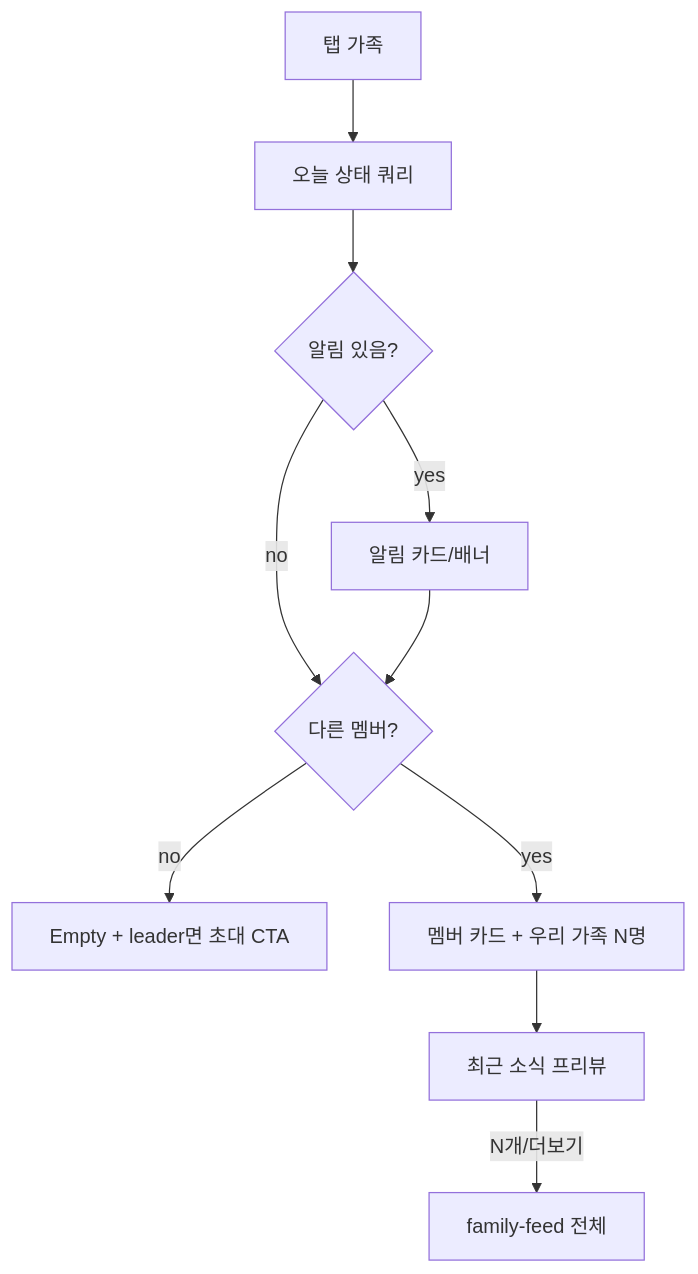
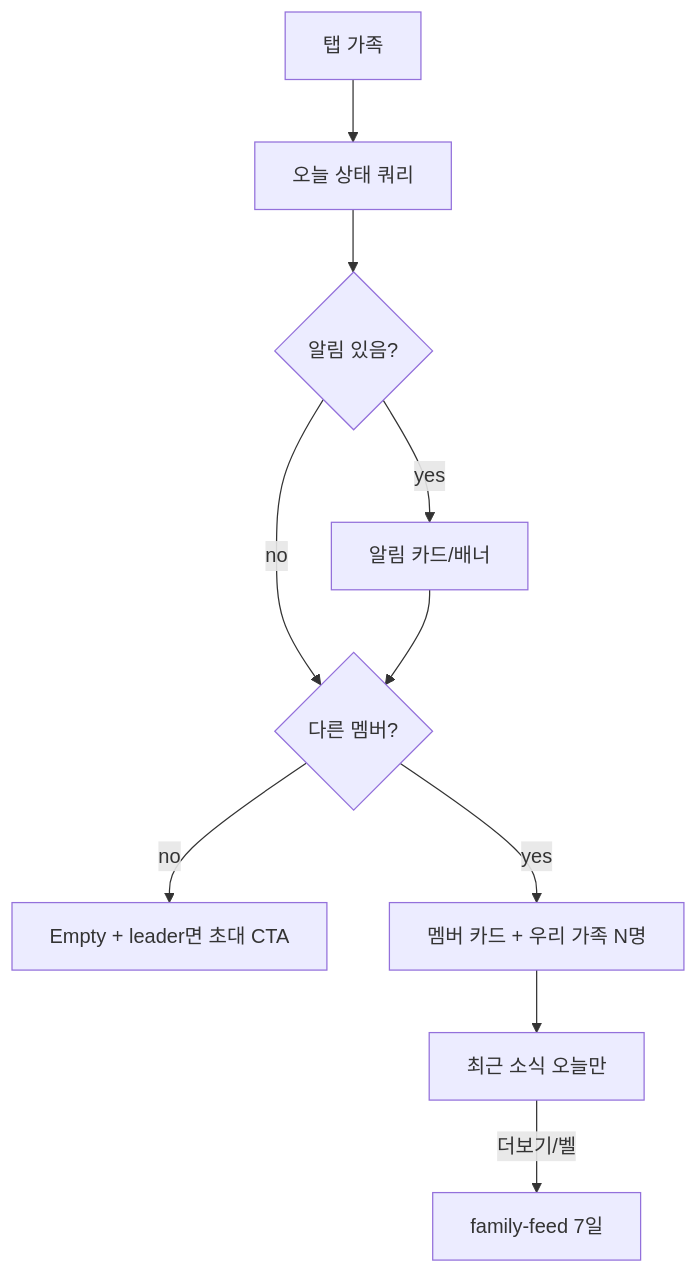
The first of 6 diagrams in docs/flows/family-tab-flow-brief.md (gogleset/yakmuk), drawn with Mermaid before and after one commit. The commit also changed other lines of this file and 2 other files, not shown here.

First line of the commit message:
docs: 가족 자리표·오늘 소식 플로우를 맞춘다

````diff
--- a/docs/flows/family-tab-flow-brief.md
+++ b/docs/flows/family-tab-flow-brief.md
@@ -83,12 +83,12 @@
 ```mermaid
 flowchart TD
   A[탭 가족] --> B[오늘 상태 쿼리]
   B --> C{알림 있음?}
   C -->|yes| D[알림 카드/배너]
   C -->|no| E{다른 멤버?}
   D --> E
   E -->|no| F[Empty + leader면 초대 CTA]
   E -->|yes| G[멤버 카드 + 우리 가족 N명]
-  G --> H[최근 소식 프리뷰]
-  H -->|N개/더보기| I[family-feed 전체]
+  G --> H[최근 소식 오늘만]
+  H -->|더보기/벨| I[family-feed 7일]
 ```
````
